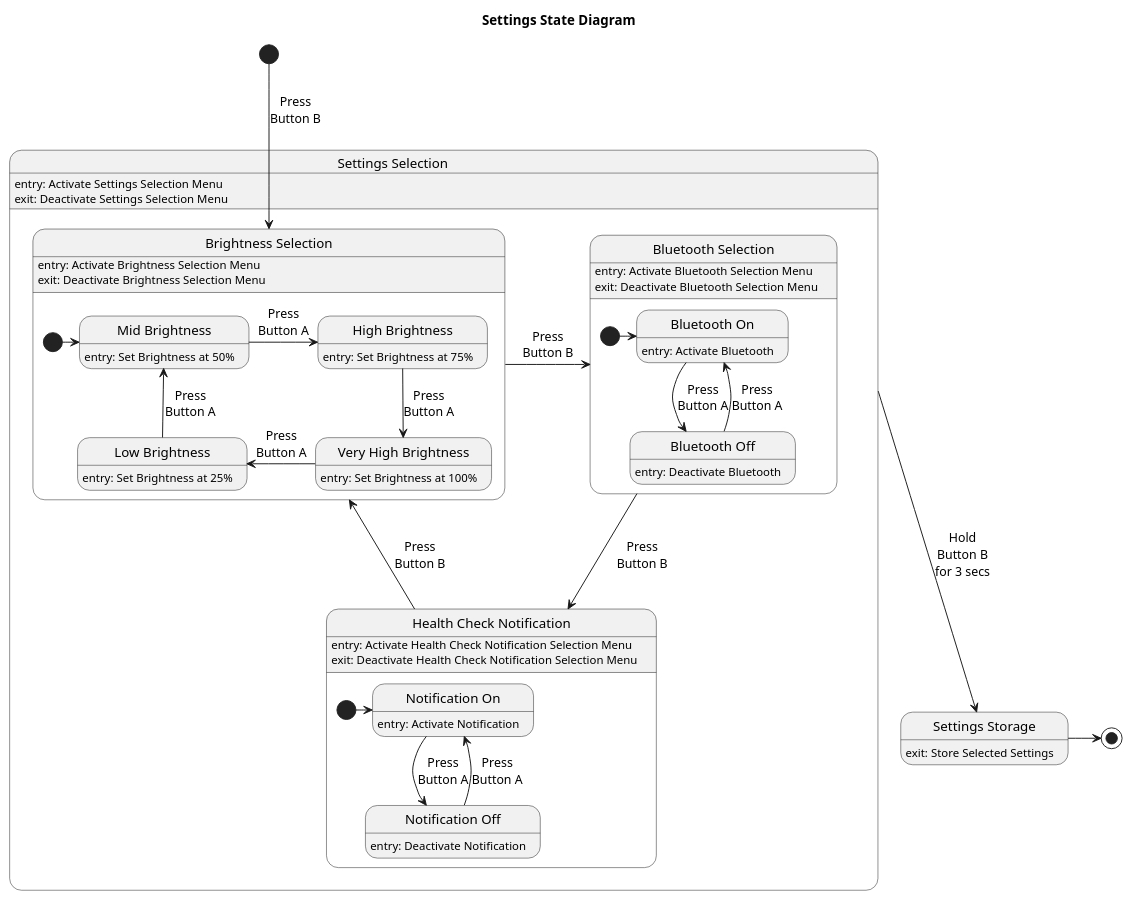
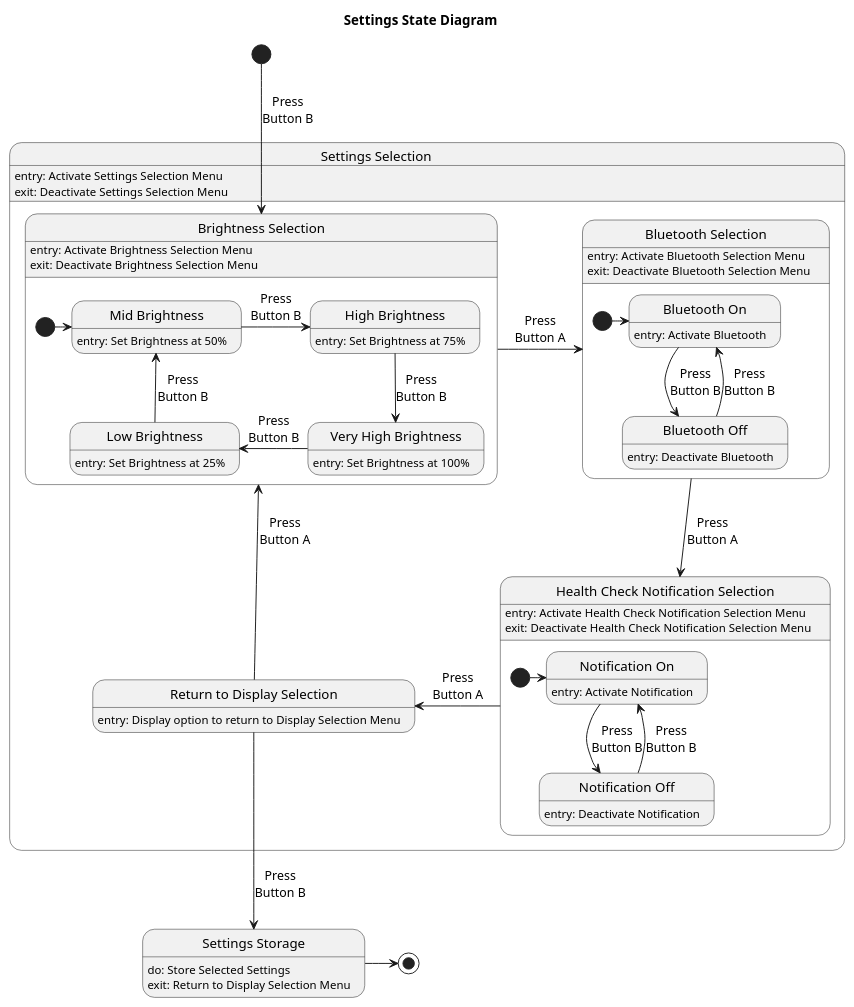
One commit to markroche92/sw-eng-smart-watch changed the diagram in uml/state_diagrams/settings.plantuml. Above: the diagram before and after it, drawn with PlantUML. The commit also changed 1 other file, not shown here.

Commit message:
Update settings menu

```diff
--- a/uml/state_diagrams/settings.plantuml
+++ b/uml/state_diagrams/settings.plantuml
@@ -1,64 +1,73 @@
 @startuml
 
 skinparam shadowing false
 
+
 title Settings State Diagram
 
 state "Settings Selection" as Ss{
+
     state "Brightness Selection" as Bs {
 
         state "Low Brightness" as Lb : entry: Set Brightness at 25%
         state "Mid Brightness" as Mb : entry: Set Brightness at 50%
         state "High Brightness" as Hb : entry: Set Brightness at 75%
         state "Very High Brightness" as Vhb : entry: Set Brightness at 100%
 
         [*]->Mb
-        Lb -up-> Mb : Press\nButton A
-        Mb -right-> Hb : Press\nButton A
-        Hb -down-> Vhb : Press\nButton A
-        Vhb -left-> Lb : Press\nButton A
+        Lb -up-> Mb : Press\nButton B
+        Mb -right-> Hb : Press\nButton B
+        Hb -down-> Vhb : Press\nButton B
+        Vhb -left-> Lb : Press\nButton B
     }
 
     state "Bluetooth Selection" as Bts {
 
         state "Bluetooth On" as Ba : entry: Activate Bluetooth
         state "Bluetooth Off" as Bd : entry: Deactivate Bluetooth
 
         [*]->Ba
-        Ba -down-> Bd : Press\nButton A
-        Bd -up-> Ba : Press\nButton A
+        Ba -down-> Bd : Press\nButton B
+        Bd -up-> Ba : Press\nButton B
     }
 
-    state "Health Check Notification" as Hcn {
+    state "Health Check Notification Selection" as Hcn {
 
         state "Notification On" as Na : entry: Activate Notification
         state "Notification Off" as Nd : entry: Deactivate Notification
 
         [*]->Na
-        Na -down-> Nd : Press\nButton A
-        Nd -up-> Na : Press\nButton A
+        Na -down-> Nd : Press\nButton B
+        Nd -up-> Na : Press\nButton B
     }
+
+    state "Return to Display Selection" as R {
+
+    }
+
+    
 
     Bs : entry: Activate Brightness Selection Menu\nexit: Deactivate Brightness Selection Menu
     Bts : entry: Activate Bluetooth Selection Menu\nexit: Deactivate Bluetooth Selection Menu
     Hcn : entry: Activate Health Check Notification Selection Menu\nexit: Deactivate Health Check Notification Selection Menu
-
+    R : entry: Display option to return to Display Selection Menu
     
-    Bs -right-> Bts : Press\nButton B
-    Bts -down-> Hcn : Press\nButton B
-    Hcn -up-> Bs : Press\nButton B
+    Bs -right-> Bts : Press\nButton A
+    Bts -down-> Hcn : Press\nButton A
+    Hcn -left-> R : Press\nButton A
+    R -up-> Bs : Press\nButton A
 }
 
 state "Settings Storage" as Sstor{
 
 
 }
 
-Sstor : exit: Store Selected Settings
+Sstor : do: Store Selected Settings\nexit: Return to Display Selection Menu
 
 [*]-down->Bs : Press\nButton B
-Ss-down->Sstor : Hold\nButton B\nfor 3 secs
+R-down->Sstor : Press\nButton B
 Ss : entry: Activate Settings Selection Menu\nexit: Deactivate Settings Selection Menu
 Sstor->[*]
 
 @enduml
```
